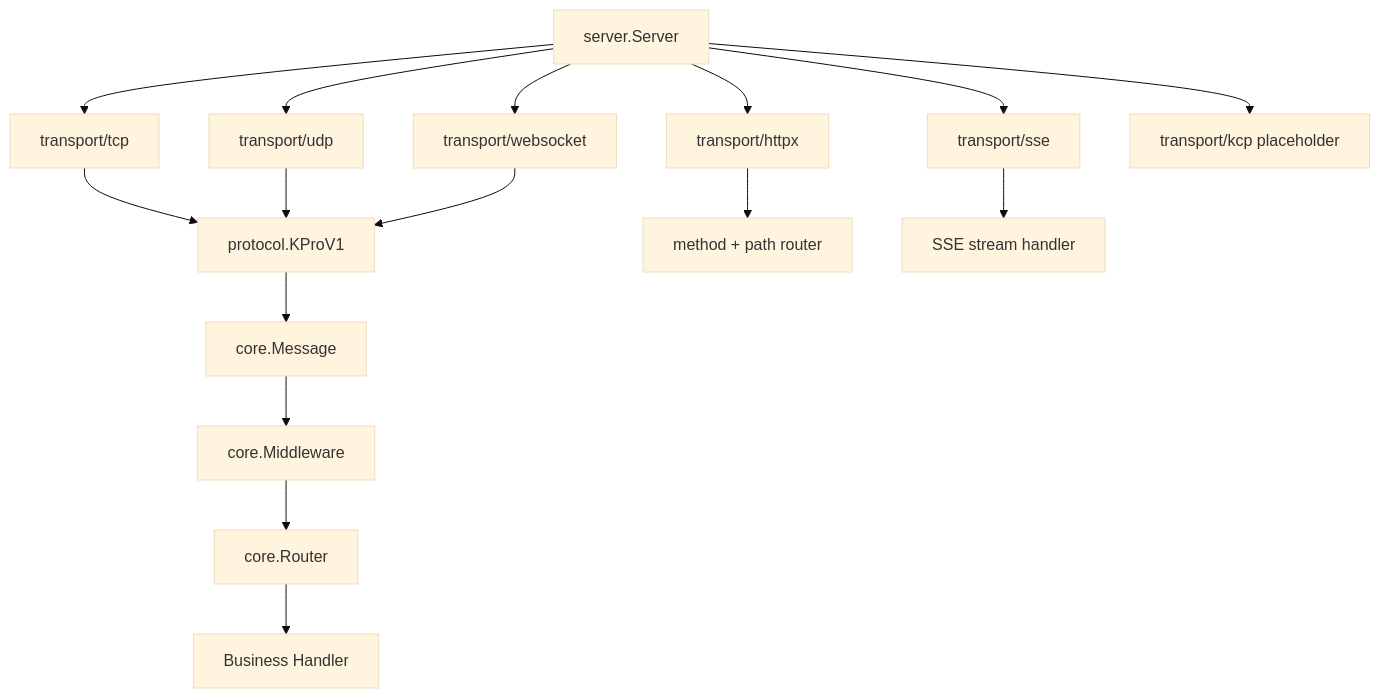
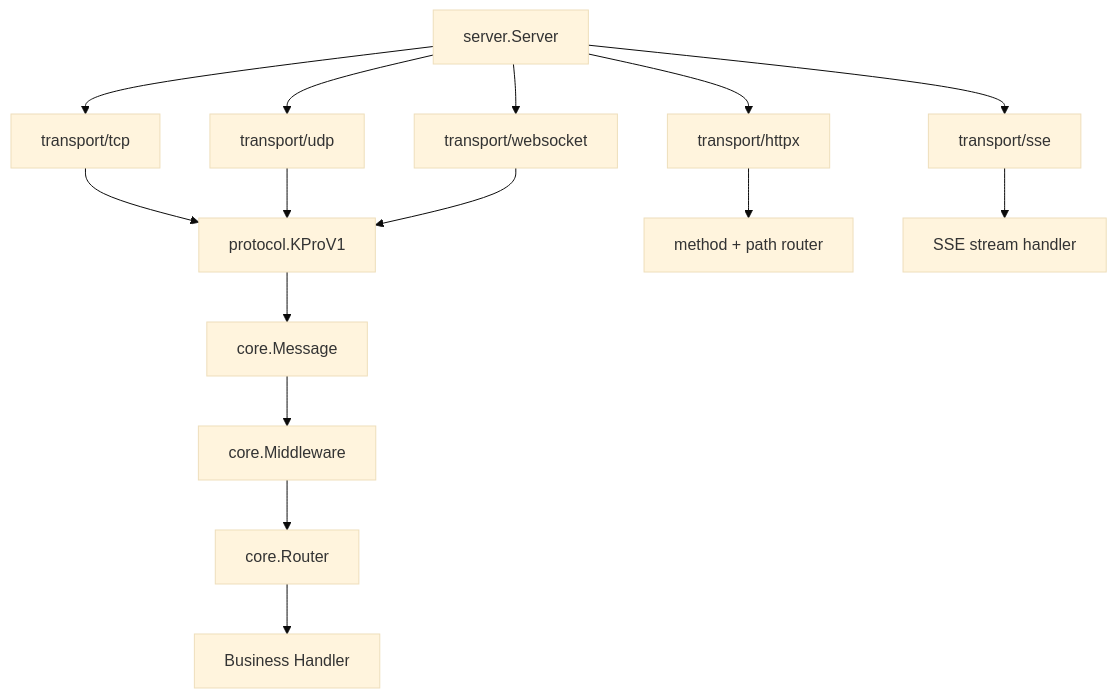
Before and after one commit to saramand9/kpro: the first of 3 diagrams in README.md, drawn with Mermaid (base theme). The commit also changed other lines of this file and 20 other files, not shown here.

````diff
--- a/README.md
+++ b/README.md
@@ -34,21 +33,20 @@
 ```mermaid
 flowchart TD
     App[server.Server] --> TCP[transport/tcp]
     App --> UDP[transport/udp]
     App --> WS[transport/websocket]
     App --> HTTP[transport/httpx]
     App --> SSE[transport/sse]
-    App --> KCP[transport/kcp placeholder]
 
     TCP --> Protocol[protocol.KProV1]
     UDP --> Protocol
     WS --> Protocol
 
     Protocol --> Message[core.Message]
     Message --> Middleware[core.Middleware]
     Middleware --> Router[core.Router]
     Router --> Handler[Business Handler]
 
     HTTP --> HTTPRouter[method + path router]
     SSE --> SSEHandler[SSE stream handler]
 ```
````
